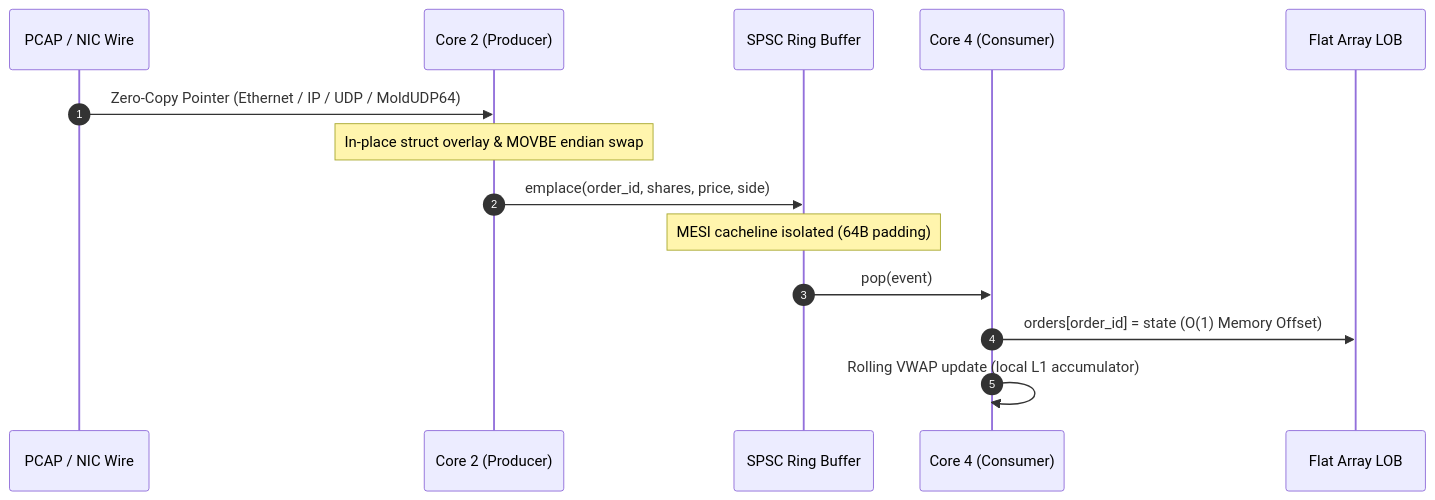
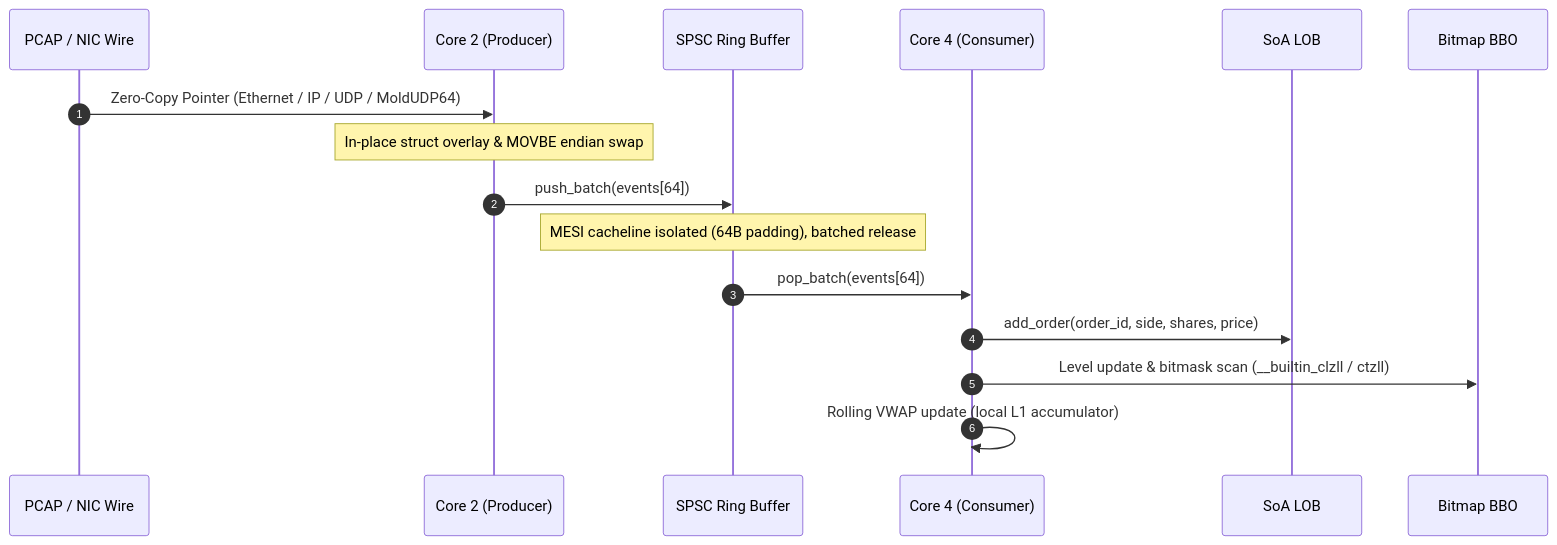
The second of 2 diagrams in README.md (ak495867/Kestrel), drawn with Mermaid before and after one commit. The commit also changed other lines of this file and 1 other file, not shown here.

Commit message:
docs: update README with honest benchmarks and SoA bitmapped architecture

````diff
--- a/README.md
+++ b/README.md
@@ -64,17 +65,19 @@
 ```mermaid
 sequenceDiagram
     autonumber
     participant Wire as PCAP / NIC Wire
     participant P as Core 2 (Producer)
     participant Q as SPSC Ring Buffer
     participant C as Core 4 (Consumer)
-    participant LOB as Flat Array LOB
+    participant LOB as SoA LOB
+    participant BBO as Bitmap BBO
 
     Wire->>P: Zero-Copy Pointer (Ethernet / IP / UDP / MoldUDP64)
     Note over P: In-place struct overlay & MOVBE endian swap
-    P->>Q: emplace(order_id, shares, price, side)
-    Note over Q: MESI cacheline isolated (64B padding)
-    Q->>C: pop(event)
-    C->>LOB: orders[order_id] = state (O(1) Memory Offset)
+    P->>Q: push_batch(events[64])
+    Note over Q: MESI cacheline isolated (64B padding), batched release
+    Q->>C: pop_batch(events[64])
+    C->>LOB: add_order(order_id, side, shares, price)
+    C->>BBO: Level update & bitmask scan (__builtin_clzll / ctzll)
     C->>C: Rolling VWAP update (local L1 accumulator)
 ```
````
